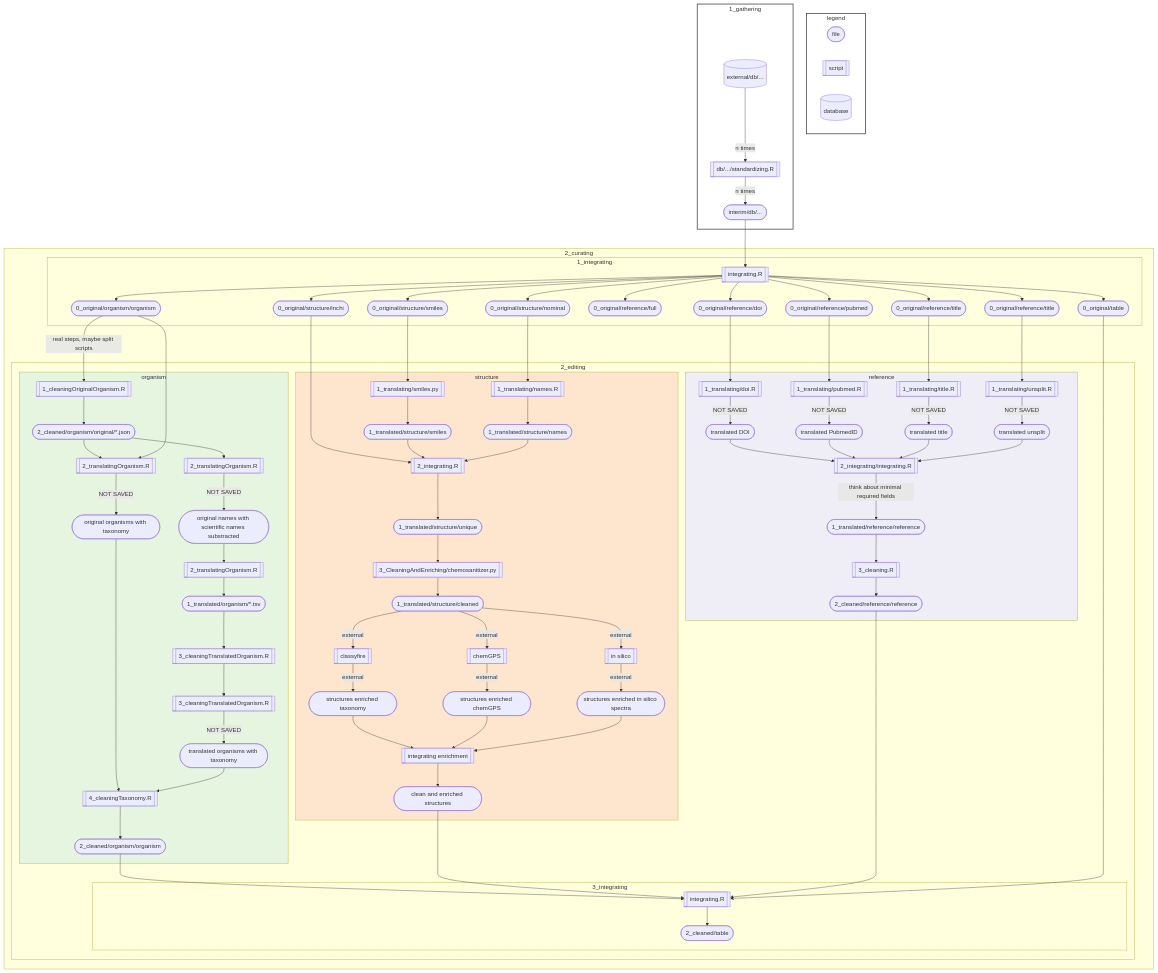
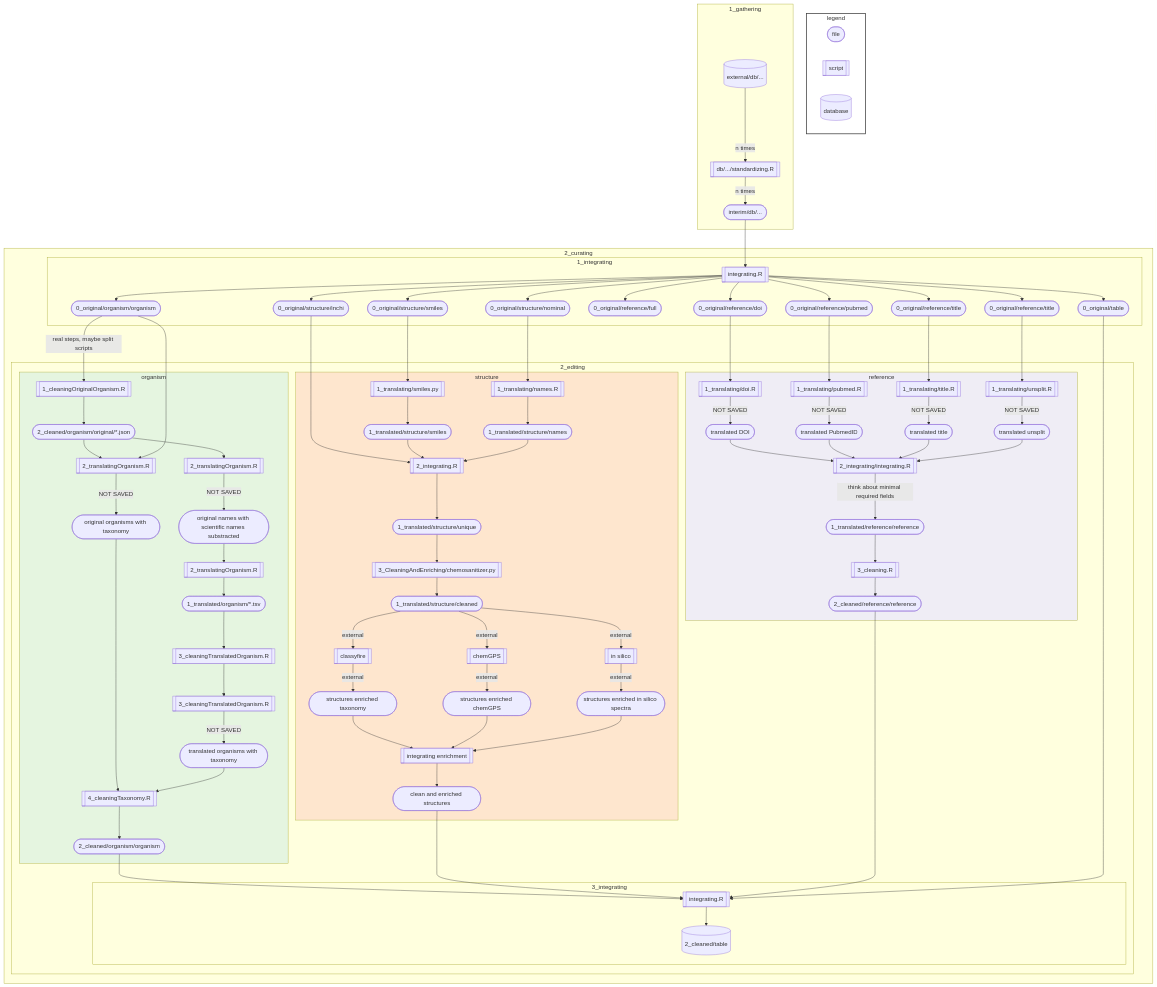
One commit to lotusnprod/lotus-processor changed the diagram in README.md. Above: the diagram before and after it, drawn with Mermaid.

Commit message:
docs(readme): update formatting and links to standardize content

```diff
--- a/README.md
+++ b/README.md
@@ -16,7 +16,6 @@
 end
 
 subgraph 1_gathering
-style 1_gathering fill:#FFFFFF,stroke:#424242,stroke-width:2px
 010[(external/db/...)] -- n times --> 020[[db/.../standardizing.R]] -- n times --> 030([interim/db/...]) 
 end
 
@@ -122,7 +121,7 @@
 998[[integrating.R]]
 
 400([0_original/table]) --> 
-    998[[integrating.R]] --> 999([2_cleaned/table])
+    998[[integrating.R]] --> 999[(2_cleaned/table)]
 end
 end    
 end
```
